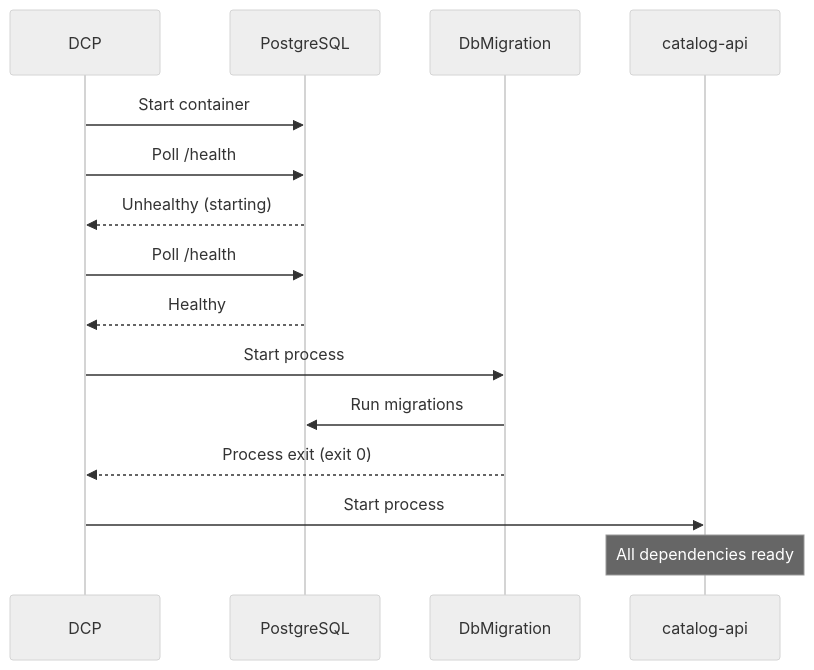
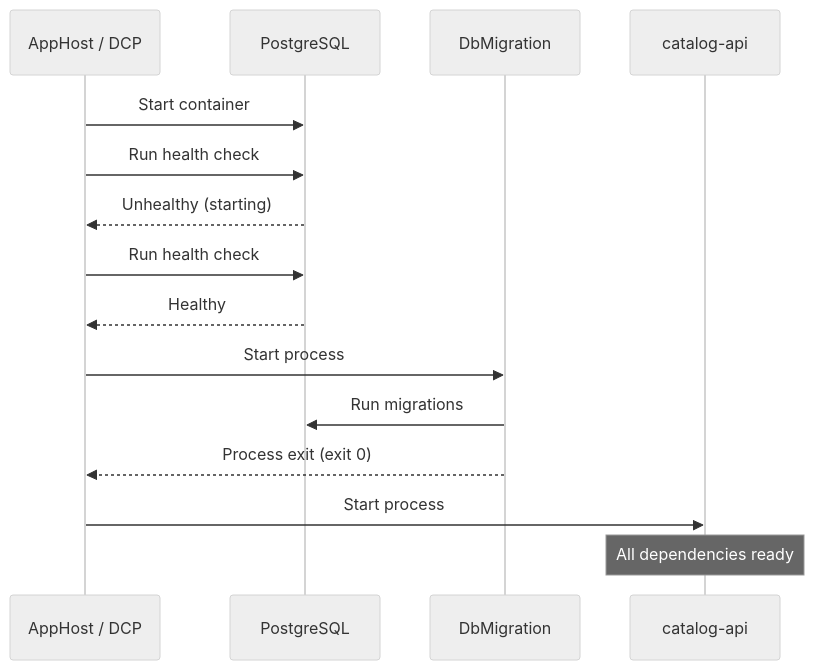
One commit to yoichiozaki/yoichiozaki.github.io changed diagram 13 of 18 in content/blog/en/dotnet-aspire.mdx. Above: the diagram before and after it, drawn with Mermaid (neutral theme). The commit also changed other lines of this file and 116 other files, not shown here.

````diff
--- a/content/blog/en/dotnet-aspire.mdx
+++ b/content/blog/en/dotnet-aspire.mdx
@@ -798,18 +803,18 @@
 ```mermaid
 sequenceDiagram
-    participant DCP
+    participant DCP as AppHost / DCP
     participant PG as PostgreSQL
     participant Migration as DbMigration
     participant API as catalog-api
 
     DCP->>PG: Start container
-    DCP->>PG: Poll /health
+    DCP->>PG: Run health check
     PG-->>DCP: Unhealthy (starting)
-    DCP->>PG: Poll /health
+    DCP->>PG: Run health check
     PG-->>DCP: Healthy
     DCP->>Migration: Start process
     Migration->>PG: Run migrations
     Migration-->>DCP: Process exit (exit 0)
     DCP->>API: Start process
     Note over API: All dependencies ready
 ```
````
